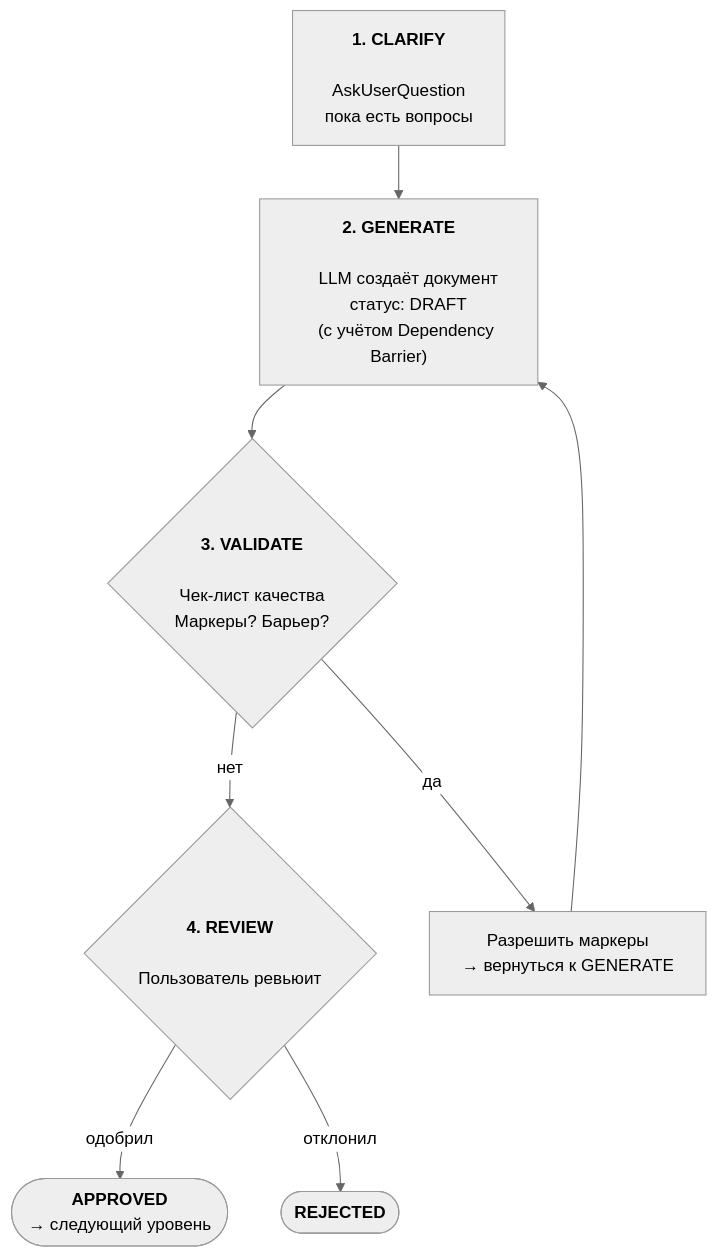
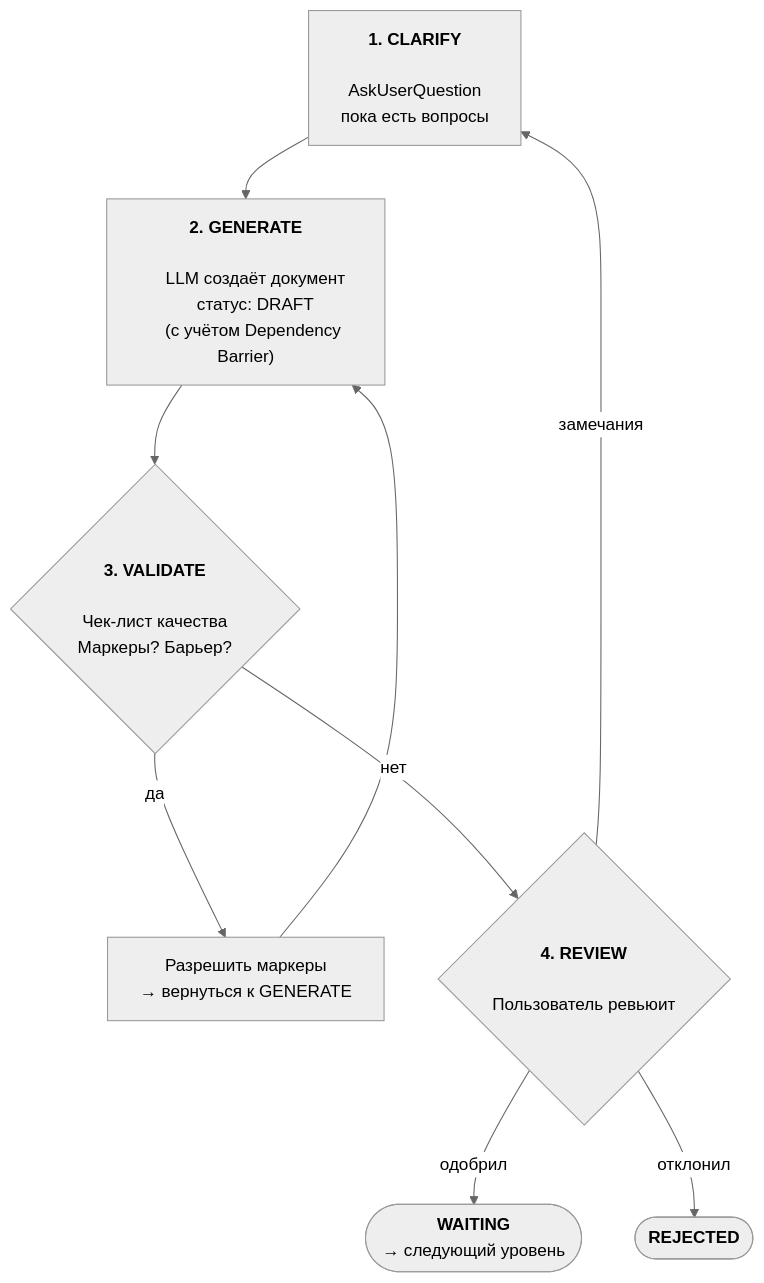
Before and after one commit to NSEvteev/FullSpec: the third of 5 diagrams in .claude/drafts/2026-02-08-specs-architecture.md, drawn with Mermaid (neutral theme). The commit also changed other lines of this file, not shown here.

````diff
--- a/.claude/drafts/2026-02-08-specs-architecture.md
+++ b/.claude/drafts/2026-02-08-specs-architecture.md
@@ -289,38 +290,39 @@
 ```mermaid
 graph TD
     C["<b>1. CLARIFY</b>
 
     AskUserQuestion
     пока есть вопросы"]
 
     G["<b>2. GENERATE</b>
 
     LLM создаёт документ
     статус: DRAFT
     (с учётом Dependency Barrier)"]
 
     V{"<b>3. VALIDATE</b>
 
     Чек-лист качества
     Маркеры? Барьер?"}
 
     FIX["Разрешить маркеры
     → вернуться к GENERATE"]
 
     R{"<b>4. REVIEW</b>
 
     Пользователь ревьюит"}
 
-    APP(["<b>APPROVED</b>
+    W(["<b>WAITING</b>
     → следующий уровень"])
 
     REJ(["<b>REJECTED</b>"])
 
     C --> G
     G --> V
     V -- "нет" --> R
     V -- "да" --> FIX
     FIX --> G
-    R -- "одобрил" --> APP
+    R -- "одобрил" --> W
+    R -- "замечания" --> C
     R -- "отклонил" --> REJ
 ```
````
